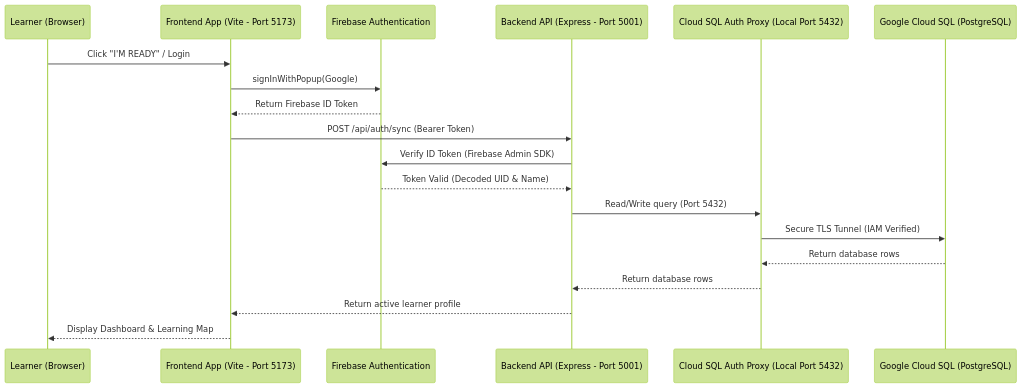
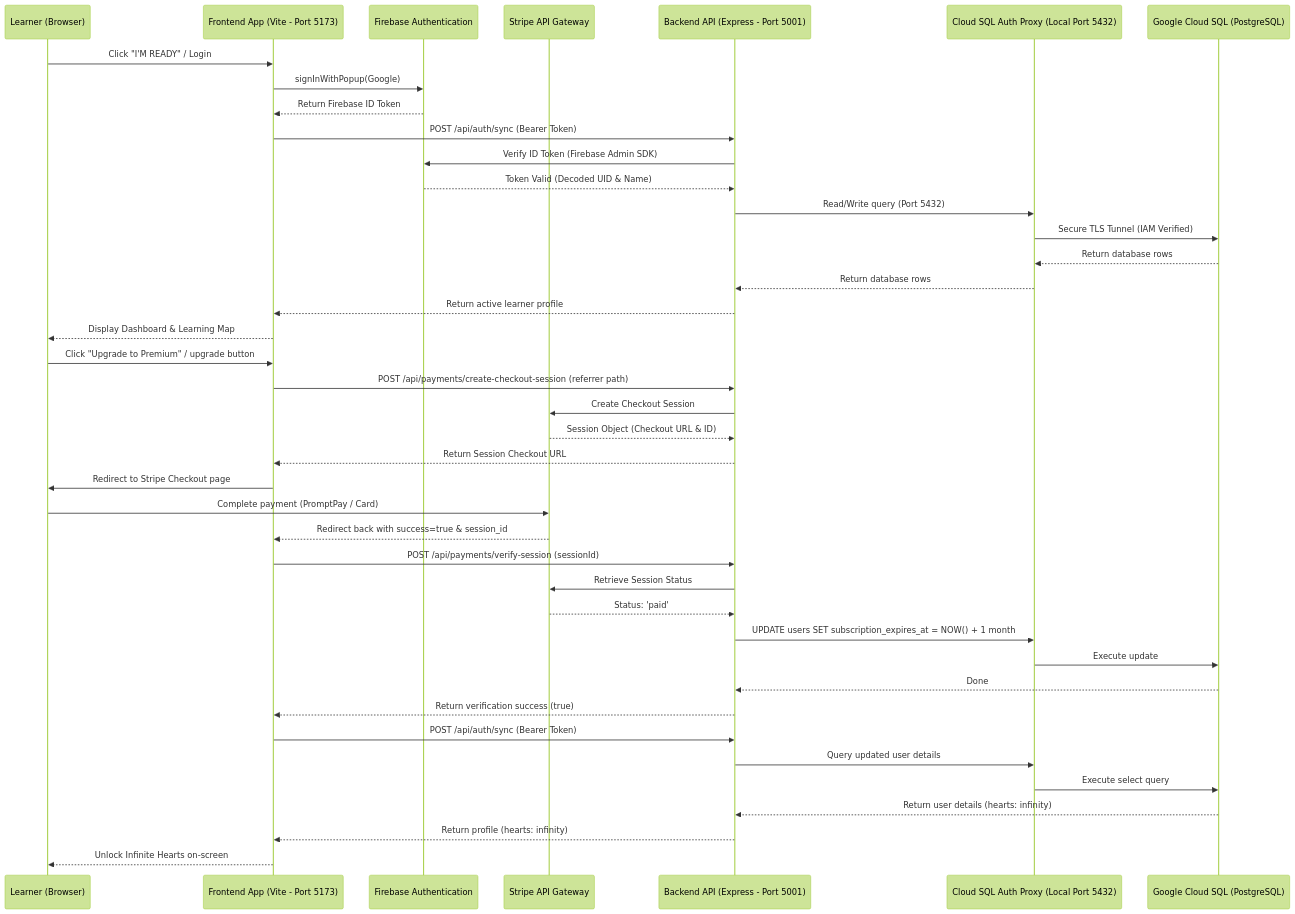
The second of 2 diagrams in README.md (kanokpolkulsri/gogram), drawn with Mermaid (forest theme) before and after one commit. The commit also changed other lines of this file and 1 other file, not shown here.

Commit message:
deploy: 2026-07-09 11:13:37

````diff
--- a/README.md
+++ b/README.md
@@ -115,25 +115,51 @@
 ```mermaid
 sequenceDiagram
     participant Learner as Learner (Browser)
     participant Front as Frontend App (Vite - Port 5173)
     participant Auth as Firebase Authentication
+    participant Stripe as Stripe API Gateway
     participant Back as Backend API (Express - Port 5001)
     participant Proxy as Cloud SQL Auth Proxy (Local Port 5432)
     participant DB as Google Cloud SQL (PostgreSQL)
 
     %% Authentication Flow
     Learner->>Front: Click "I'M READY" / Login
     Front->>Auth: signInWithPopup(Google)
     Auth-->>Front: Return Firebase ID Token
     Front->>Back: POST /api/auth/sync (Bearer Token)
     Back->>Auth: Verify ID Token (Firebase Admin SDK)
     Auth-->>Back: Token Valid (Decoded UID & Name)
-
-    %% Database Sync & Query Flow
     Back->>Proxy: Read/Write query (Port 5432)
     Proxy->>DB: Secure TLS Tunnel (IAM Verified)
     DB-->>Proxy: Return database rows
     Proxy-->>Back: Return database rows
     Back-->>Front: Return active learner profile
     Front-->>Learner: Display Dashboard & Learning Map
+
+    %% Stripe Checkout & Sync-Verification Lifecycle
+    Learner->>Front: Click "Upgrade to Premium" / upgrade button
+    Front->>Back: POST /api/payments/create-checkout-session (referrer path)
+    Back->>Stripe: Create Checkout Session
+    Stripe-->>Back: Session Object (Checkout URL & ID)
+    Back-->>Front: Return Session Checkout URL
+    Front->>Learner: Redirect to Stripe Checkout page
+    Learner->>Stripe: Complete payment (PromptPay / Card)
+    Stripe-->>Front: Redirect back with success=true & session_id
+
+    %% Synchronous Bypass verification
+    Front->>Back: POST /api/payments/verify-session (sessionId)
+    Back->>Stripe: Retrieve Session Status
+    Stripe-->>Back: Status: 'paid'
+    Back->>Proxy: UPDATE users SET subscription_expires_at = NOW() + 1 month
+    Proxy->>DB: Execute update
+    DB-->>Back: Done
+    Back-->>Front: Return verification success (true)
+
+    %% Profile sync download
+    Front->>Back: POST /api/auth/sync (Bearer Token)
+    Back->>Proxy: Query updated user details
+    Proxy->>DB: Execute select query
+    DB-->>Back: Return user details (hearts: infinity)
+    Back-->>Front: Return profile (hearts: infinity)
+    Front-->>Learner: Unlock Infinite Hearts on-screen
 ```
````
